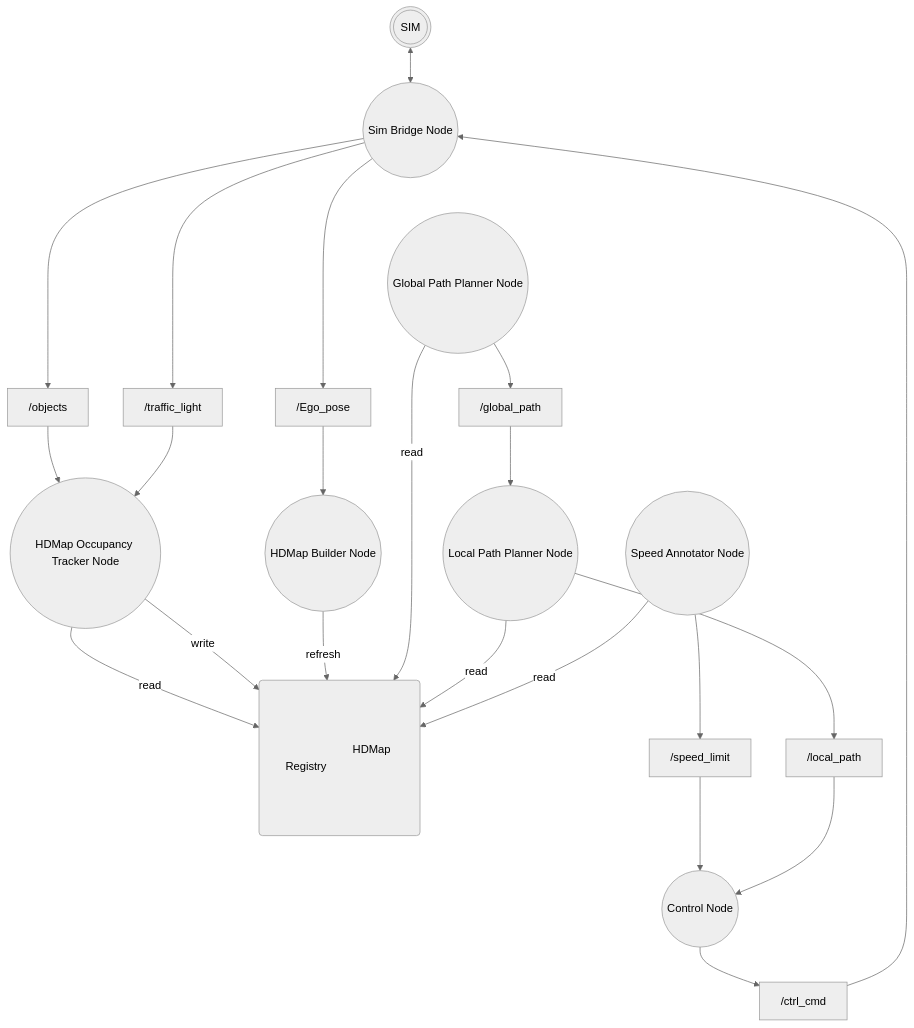
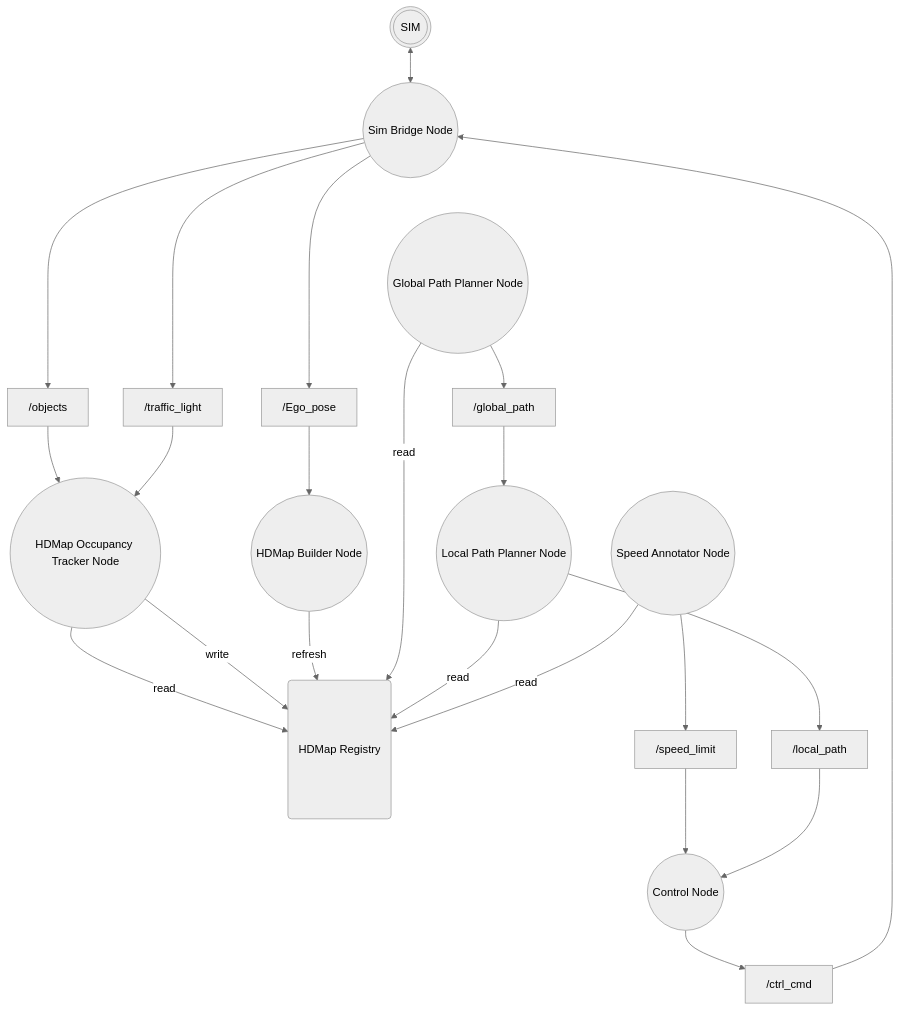
One commit to Team-Stier/HL-FMA2026-sim-stier changed the diagram in README.md. Above: the diagram before and after it, drawn with Mermaid (neutral theme).

````diff
--- a/README.md
+++ b/README.md
@@ -56,48 +56,48 @@
 ```mermaid
 flowchart TD
     SIM((("SIM")))
     BRIDGE(("Sim Bridge Node"))
     BUILDER(("HDMap Builder Node"))
     TRACK(("HDMap Occupancy Tracker Node"))
-    REG("<br><br><br>      HDMap Registry      <br><br><br><br>")
+    REG("<br><br><br>HDMap Registry<br><br><br><br>")
     GLOB(("Global Path Planner Node"))
     LOC(("Local Path Planner Node"))
     SPD(("Speed Annotator Node"))
     CTRL(("Control Node"))
 
     POSE["/Ego_pose"]
     OBJS["/objects"]
     TL["/traffic_light"]
     GPATH["/global_path"]
     LPATH["/local_path"]
     SPDLIM["/speed_limit"]
     CMD["/ctrl_cmd"]
 
     BRIDGE ~~~ GLOB
     BRIDGE ~~~ SPD
 
     SIM <--> BRIDGE
     BRIDGE --> POSE
     BRIDGE --> OBJS
     BRIDGE --> TL
     POSE --> BUILDER
     OBJS --> TRACK
     TL --> TRACK
     GLOB --> GPATH
     GPATH --> LOC
     LOC --> LPATH
     SPD --> SPDLIM
     SPDLIM --> CTRL
     LPATH --> CTRL
     
     CTRL --> CMD
     CMD --> BRIDGE
 
     TRACK -->|read|REG
     TRACK -->|write|REG
     BUILDER -->|refresh|REG
     GLOB -->|read|REG
     LOC --> |read|REG
     SPD -->|read|REG
 
 ```
````
